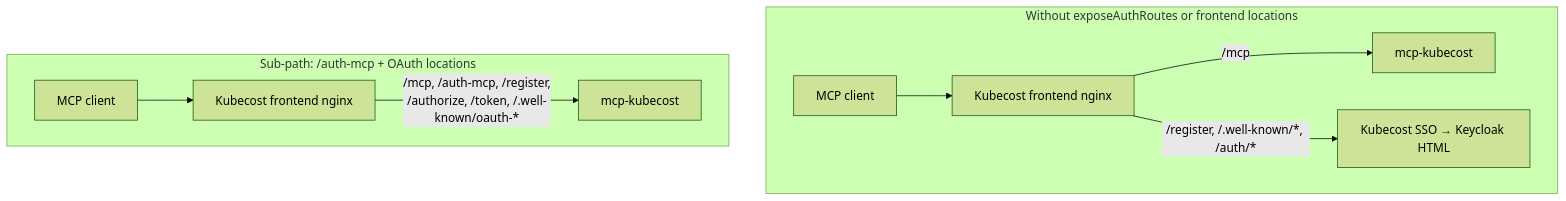
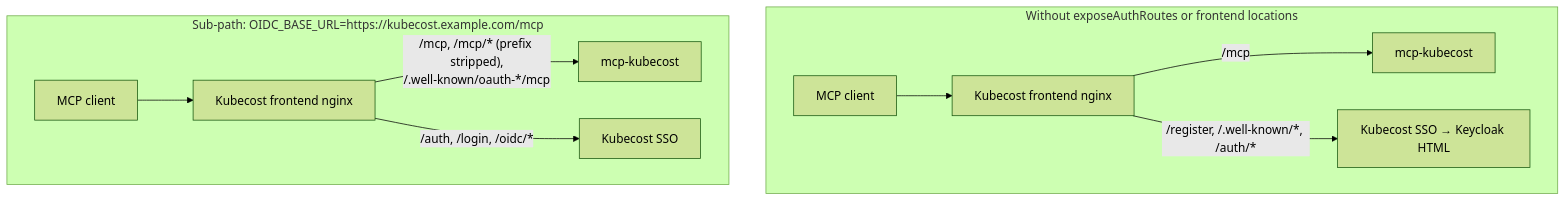
Before and after one commit to kubecost/mcp-kubecost: the third of 3 diagrams in docs/auth/README.md, drawn with Mermaid (forest theme). The commit also changed other lines of this file and 11 other files, not shown here.

````diff
--- a/docs/auth/README.md
+++ b/docs/auth/README.md
@@ -150,12 +180,13 @@
 ```mermaid
 flowchart TB
   subgraph before ["Without exposeAuthRoutes or frontend locations"]
     C1[MCP client] --> N1[Kubecost frontend nginx]
     N1 -->|"/mcp"| M1[mcp-kubecost]
     N1 -->|"/register, /.well-known/*, /auth/*"| S1[Kubecost SSO → Keycloak HTML]
   end
-  subgraph after ["Sub-path: /auth-mcp + OAuth locations"]
+  subgraph after ["Sub-path: OIDC_BASE_URL=https://kubecost.example.com/mcp"]
     C2[MCP client] --> N2[Kubecost frontend nginx]
-    N2 -->|"/mcp, /auth-mcp, /register,<br/>/authorize, /token, /.well-known/oauth-*"| M2[mcp-kubecost]
+    N2 -->|"/mcp, /mcp/* (prefix stripped),<br/>/.well-known/oauth-*/mcp"| M2[mcp-kubecost]
+    N2 -->|"/auth, /login, /oidc/*"| S2[Kubecost SSO]
   end
 ```
````
